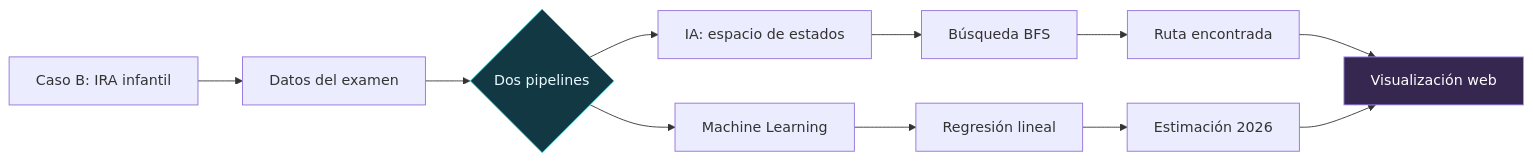
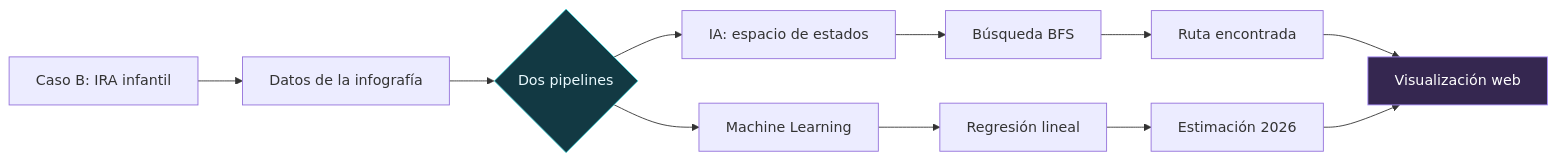
One commit to Dylan200-7/Challenge_IRA_INTELLIGENCE changed the first of 3 diagrams in README.md. Above: the diagram before and after it, drawn with Mermaid. The commit also changed other lines of this file, not shown here.

````diff
--- a/README.md
+++ b/README.md
@@ -119,15 +119,15 @@
 ```mermaid
 flowchart LR
-    A["Caso B: IRA infantil"] --> B["Datos del examen"]
+    A["Caso B: IRA infantil"] --> B["Datos de la infografía"]
     B --> C{"Dos pipelines"}
     C --> D["IA: espacio de estados"]
     D --> E["Búsqueda BFS"]
     E --> F["Ruta encontrada"]
     C --> G["Machine Learning"]
     G --> H["Regresión lineal"]
     H --> I["Estimación 2026"]
     F --> J["Visualización web"]
     I --> J
     style C fill:#123943,stroke:#50dce0,color:#eafaff
     style J fill:#352750,stroke:#ac91ff,color:#ffffff
 ```
````
